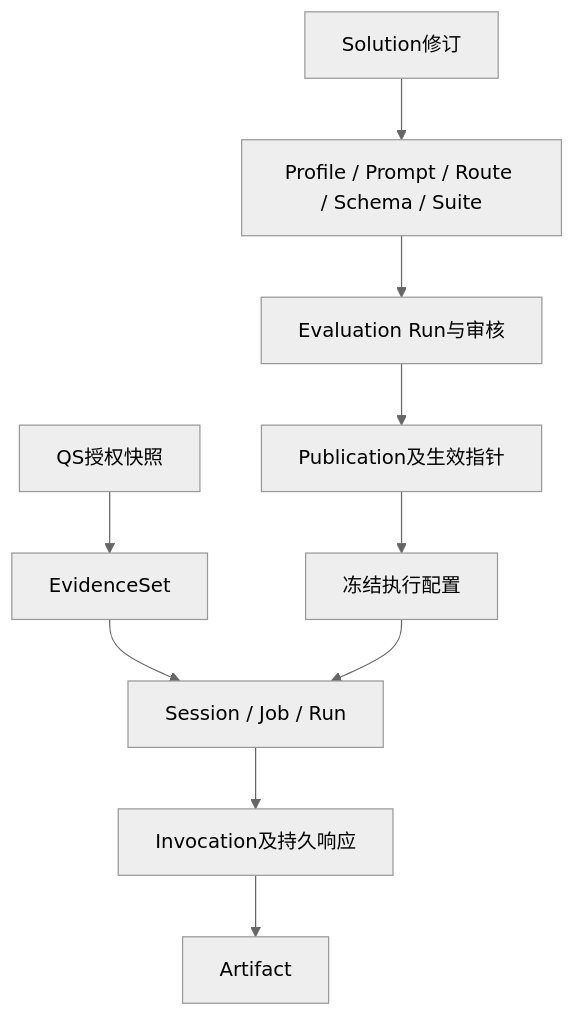
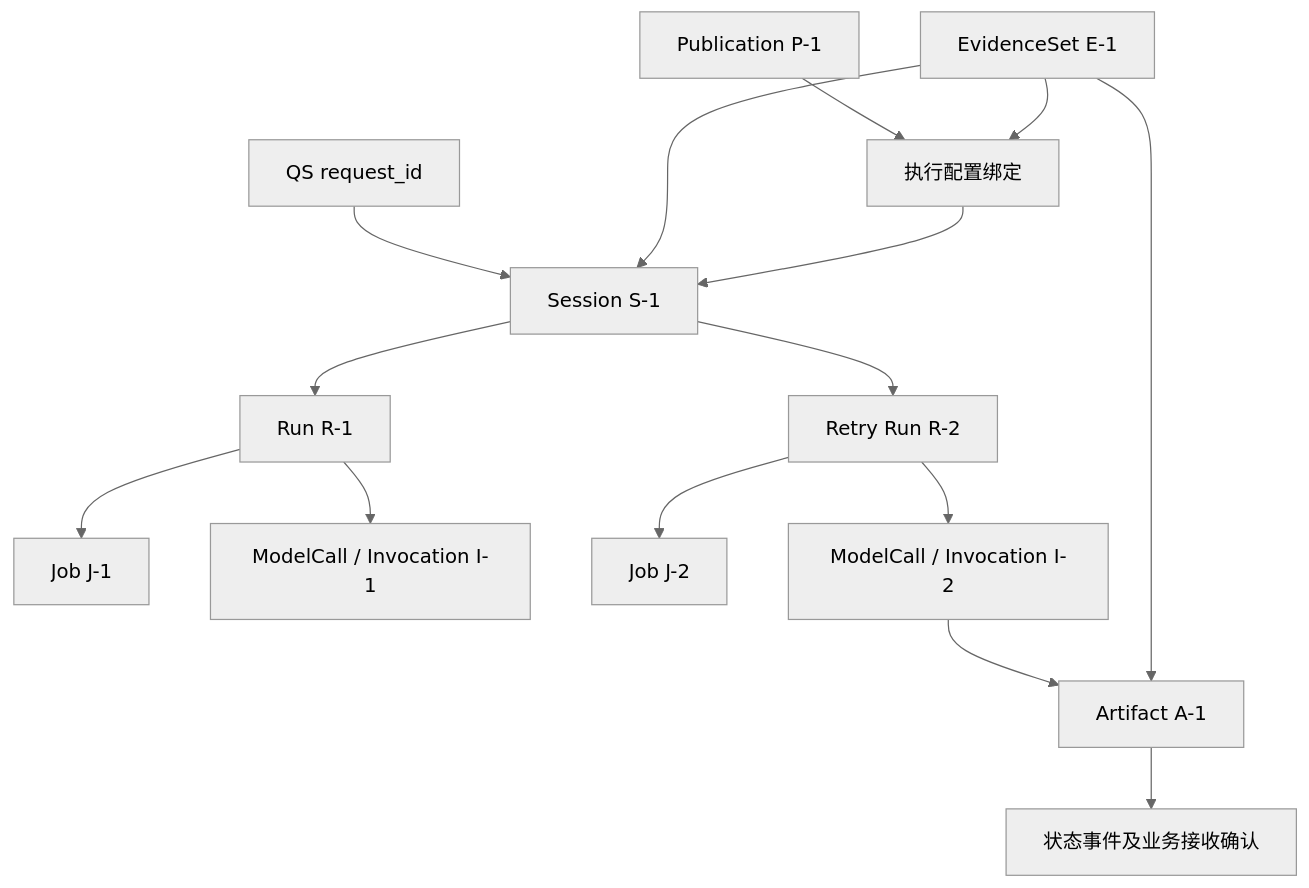
One commit to FangcunMount/qs-ai changed the diagram in docs/00-总览/02-核心概念与对象关系.md. Above: the diagram before and after it, drawn with Mermaid (neutral theme). The commit also changed other lines of this file and 1 other file, not shown here.

````diff
--- a/docs/00-总览/02-核心概念与对象关系.md
+++ b/docs/00-总览/02-核心概念与对象关系.md
@@ -23,12 +95,17 @@
 ```mermaid
 flowchart TB
-  S[Solution修订] --> AS[Profile / Prompt / Route / Schema / Suite]
-  AS --> ER[Evaluation Run与审核]
-  ER --> PUB[Publication及生效指针]
-  FACT[QS授权快照] --> ES[EvidenceSet]
-  PUB --> CFG[冻结执行配置]
-  ES --> SESSION[Session / Job / Run]
-  CFG --> SESSION
-  SESSION --> CALL[Invocation及持久响应]
-  CALL --> ART[Artifact]
+  Q[QS request_id] --> S[Session S-1]
+  E[EvidenceSet E-1] --> S
+  P[Publication P-1] --> B[执行配置绑定]
+  E --> B
+  B --> S
+  S --> R1[Run R-1]
+  S --> R2[Retry Run R-2]
+  R1 --> J1[Job J-1]
+  R1 --> C1[ModelCall / Invocation I-1]
+  R2 --> J2[Job J-2]
+  R2 --> C2[ModelCall / Invocation I-2]
+  C2 --> A[Artifact A-1]
+  E --> A
+  A --> EV[状态事件及业务接收确认]
 ```
````
